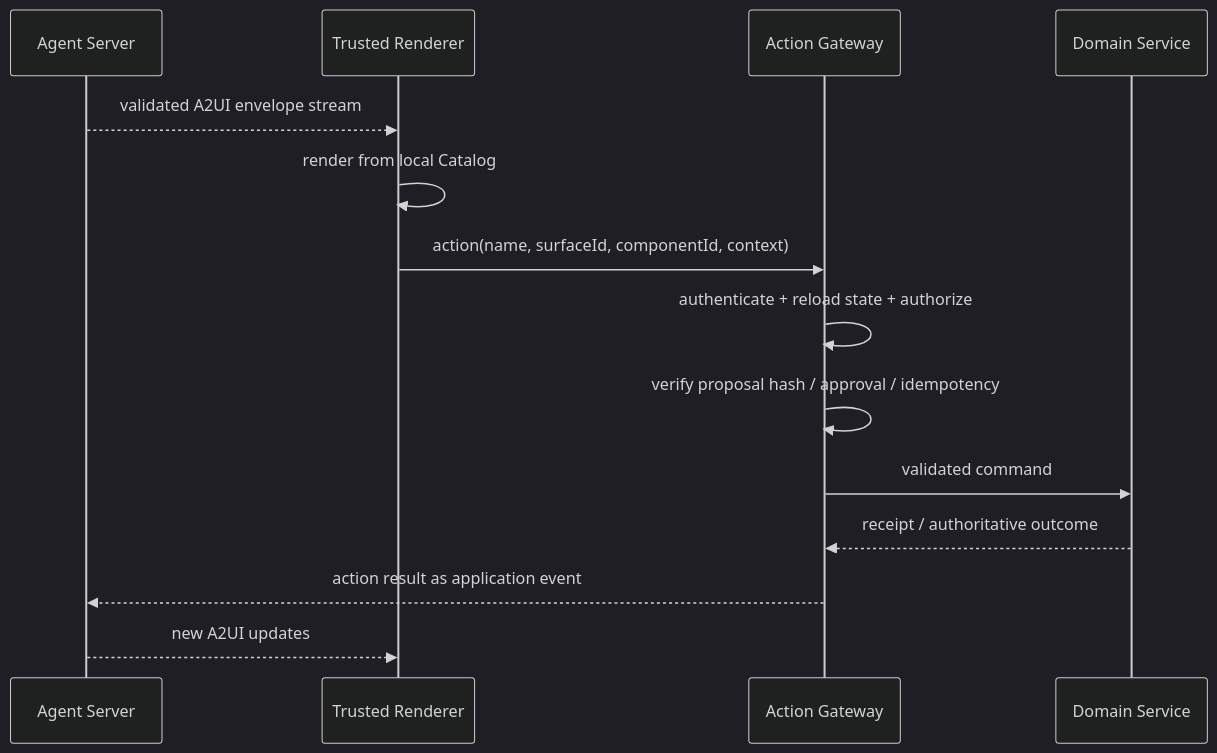
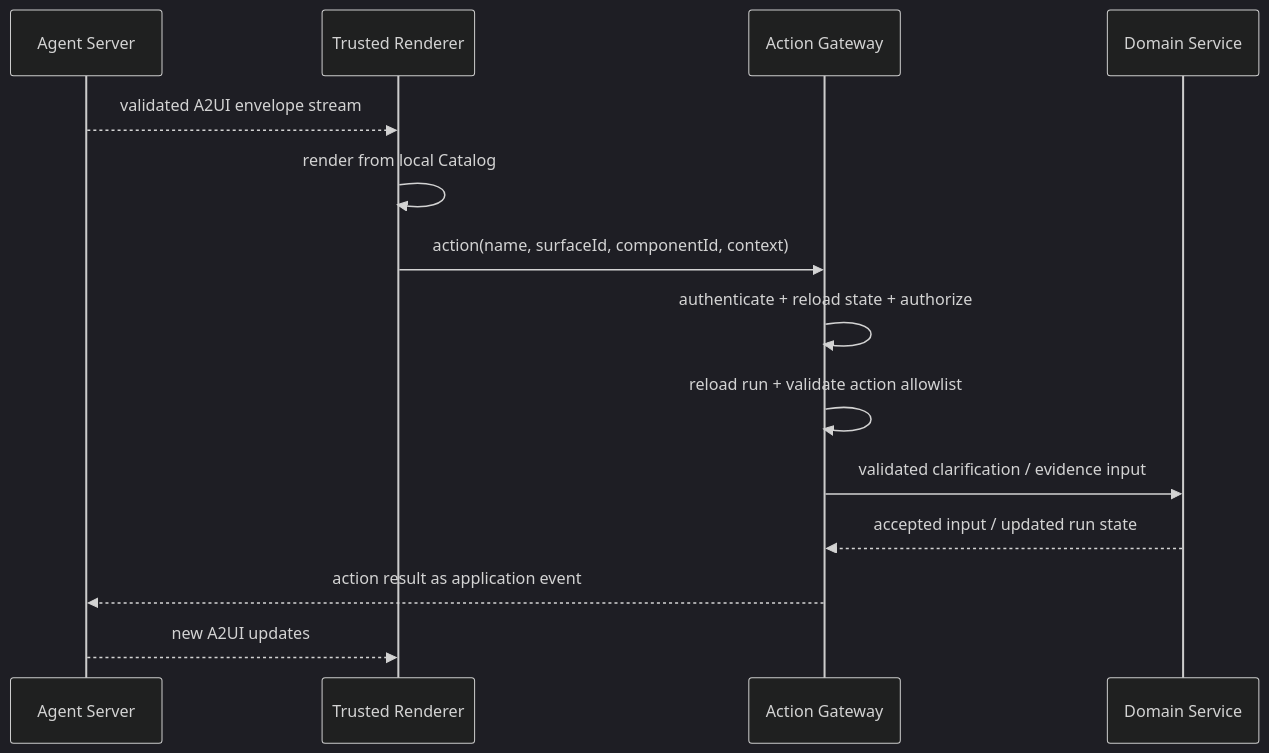
One commit to whatthehan/masterpiece-static-docs changed the third of 3 diagrams in site/08-安全与治理/06-A2UI与声明式生成界面.md. Above: the diagram before and after it, drawn with Mermaid (dark theme). The commit also changed other lines of this file and 252 other files, not shown here.

````diff
--- a/site/08-安全与治理/06-A2UI与声明式生成界面.md
+++ b/site/08-安全与治理/06-A2UI与声明式生成界面.md
@@ -167,16 +169,16 @@
 ```mermaid
 sequenceDiagram
     participant S as Agent Server
     participant R as Trusted Renderer
     participant G as Action Gateway
     participant D as Domain Service
     S-->>R: validated A2UI envelope stream
     R->>R: render from local Catalog
     R->>G: action(name, surfaceId, componentId, context)
     G->>G: authenticate + reload state + authorize
-    G->>G: verify proposal hash / approval / idempotency
-    G->>D: validated command
-    D-->>G: receipt / authoritative outcome
+    G->>G: reload run + validate action allowlist
+    G->>D: validated clarification / evidence input
+    D-->>G: accepted input / updated run state
     G-->>S: action result as application event
     S-->>R: new A2UI updates
 ```
````
